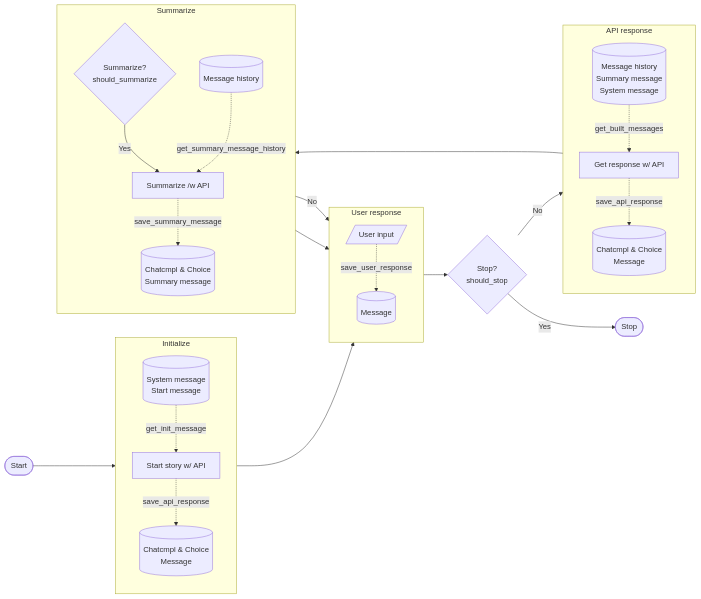
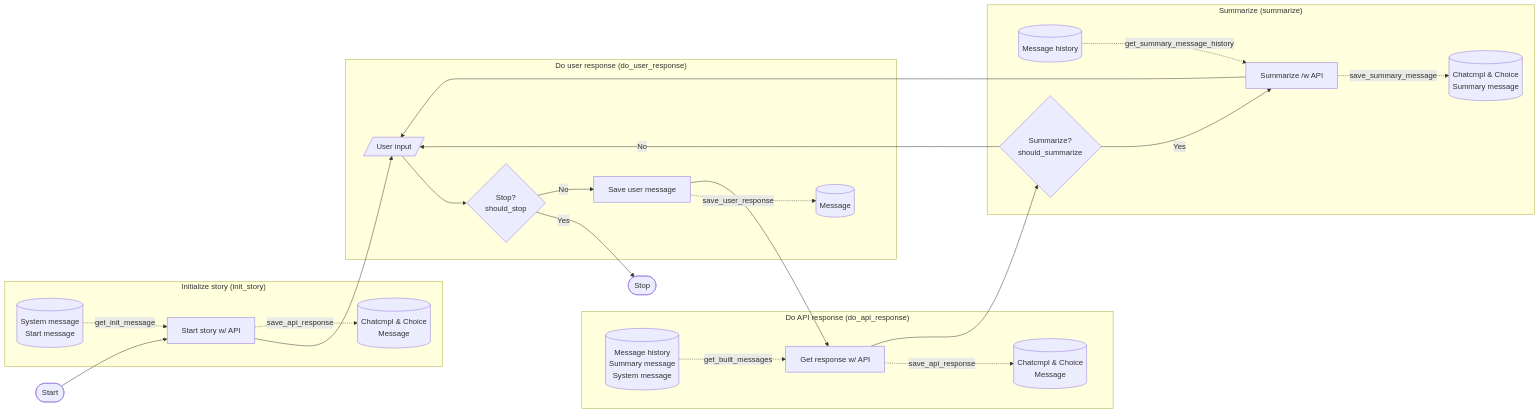
The first of 2 diagrams in README.md (LioQing/verbose-adventure), drawn with Mermaid before and after one commit. The commit also changed 4 other files, not shown here.

````diff
--- a/README.md
+++ b/README.md
@@ -7,54 +7,53 @@
 ```mermaid
 flowchart LR
-    subgraph "Initialize"
-        direction TB
+    subgraph "Initialize story (init_story)"
         startStory[Start story w/ API]
         initSys[(System message\nStart message)]
         saveMessage1[(Chatcmpl & Choice\nMessage)]
     end
 
-    subgraph "API response"
-        direction TB
+    subgraph "Do API response (do_api_response)"
         history[(Message history\nSummary message\nSystem message)]
         saveMessage3[(Chatcmpl & Choice\nMessage)]
         api2[Get response w/ API]
     end
 
-    subgraph "User response"
-        direction TB
+    subgraph "Do user response (do_user_response)"
         userInput[/User input/]
         saveMessage2[(Message)]
+        stopQ{Stop?\nshould_stop}
+        saveUser[Save user message]
     end
 
-    subgraph "Summarize"
-        direction TB
+    subgraph "Summarize (summarize)"
         summarizeDB[(Message history)]
         summarizeQ{Summarize?\nshould_summarize}
         summarize[Summarize /w API]
         saveSummary[(Chatcmpl & Choice\nSummary message)]
     end
-    stopQ{Stop?\nshould_stop}
     stop([Stop])
 
-    summarize --> userInput
-    summarizeQ -- Yes --> summarize
-    summarizeDB -.get_summary_message_history.-> summarize
-    summarize -.save_summary_message.-> saveSummary
 
     start([Start]) --> startStory
     initSys -.get_init_message.-> startStory
 
+    startStory --> userInput
+    userInput --> stopQ
     startStory -.save_api_response.-> saveMessage1
-    startStory --> userInput
-    summarizeQ -- No --> userInput
-    userInput -.save_user_response.-> saveMessage2
-    userInput --> stopQ
-
-    stopQ -- No --> api2
-    history -.get_built_messages.-> api2
 
     api2 -.save_api_response.-> saveMessage3
     api2 --> summarizeQ
 
     stopQ -- Yes --> stop
+    stopQ -- No --> saveUser
+    saveUser -.save_user_response.-> saveMessage2
+
+    saveUser --> api2
+    history -.get_built_messages.-> api2
+
+    summarize --> userInput
+    summarizeQ -- No --> userInput
+    summarizeQ -- Yes --> summarize
+    summarizeDB -.get_summary_message_history.-> summarize
+    summarize -.save_summary_message.-> saveSummary
 ```
````
